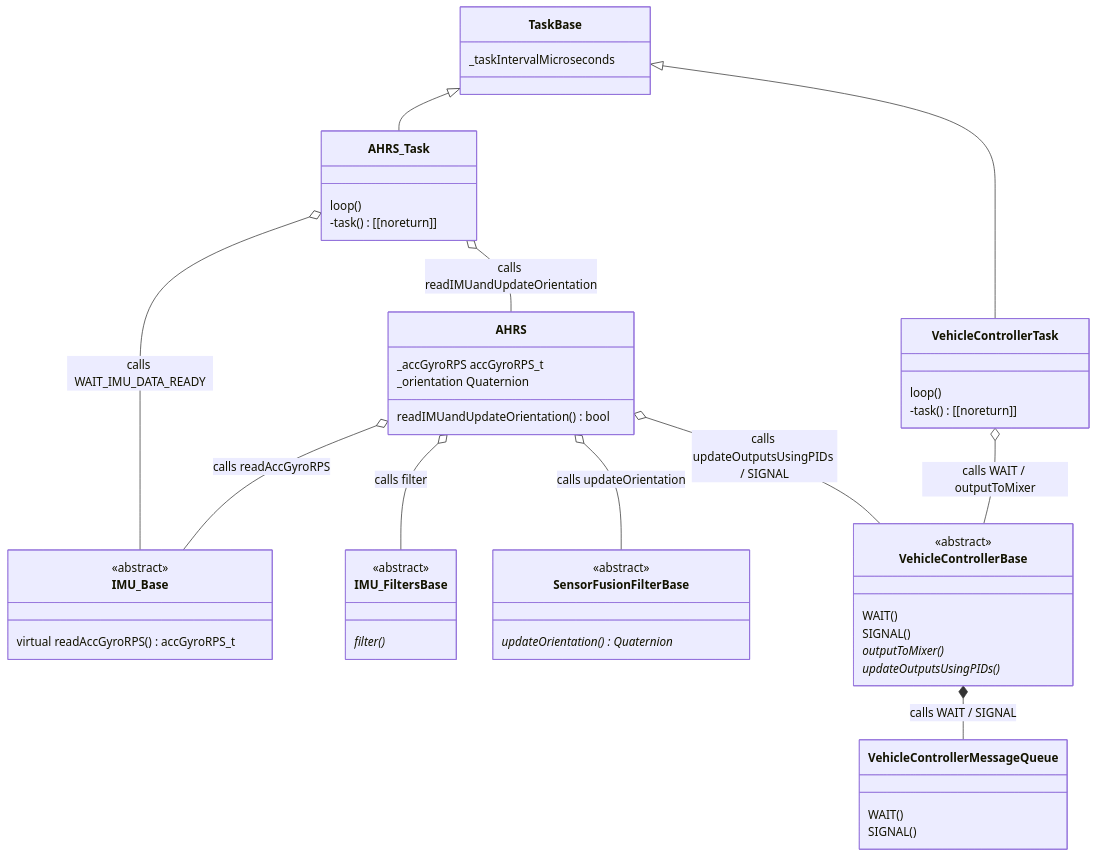
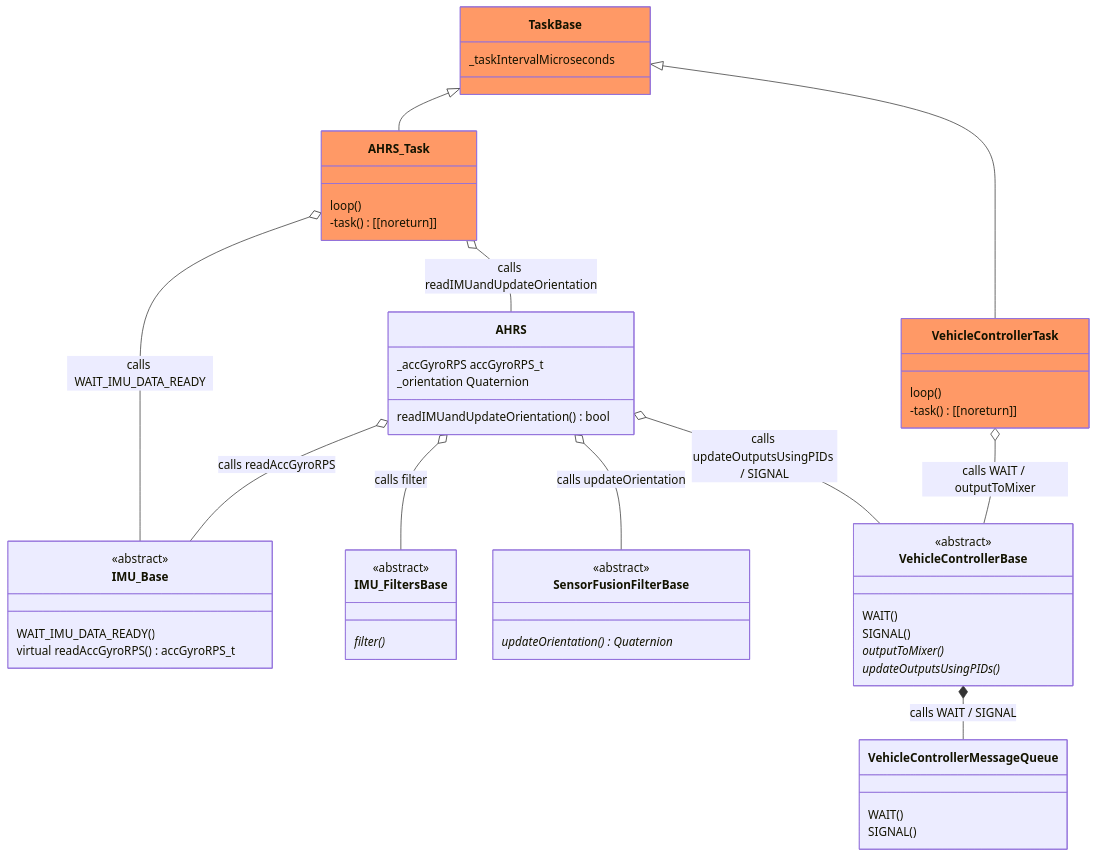
The diagram in README.md (martinbudden/Library-StabilizedVehicle), drawn with Mermaid before and after one commit.

````diff
--- a/README.md
+++ b/README.md
@@ -14,69 +14,73 @@
 ```mermaid
 classDiagram
+    class TaskBase:::taskClass {
+        _taskIntervalMicroseconds
+    }
+    link TaskBase "https://github.com/martinbudden/Library-TaskBase/blob/main/src/TaskBase.h"
+
+    TaskBase <|-- AHRS_Task
+    class AHRS_Task:::taskClass {
+        loop()
+        -task() [[noreturn]]
+    }
+    link AHRS_Task "https://github.com/martinbudden/Library-StabilizedVehicle/blob/main/src/AHRS_Task.h"
+    AHRS_Task o-- AHRS : calls readIMUandUpdateOrientation
+    AHRS_Task o-- IMU_Base : calls WAIT_IMU_DATA_READY
+
+
     class IMU_Base {
         <<abstract>>
+        WAIT_IMU_DATA_READY()
         virtual readAccGyroRPS() accGyroRPS_t
     }
     link IMU_Base "https://github.com/martinbudden/Library-Sensors/blob/main/src/IMU_Base.h"
 
     class IMU_FiltersBase {
         <<abstract>>
         filter() *
     }
     link IMU_FiltersBase "https://github.com/martinbudden/Library-StabilizedVehicle/blob/main/src/IMU_FiltersBase.h"
 
     class SensorFusionFilterBase {
         <<abstract>>
         updateOrientation() Quaternion *
     }
     link SensorFusionFilterBase "https://github.com/martinbudden/Library-SensorFusion/blob/main/src/SensorFusion.h"
 
     class VehicleControllerMessageQueue {
         WAIT()
         SIGNAL()
     }
     link VehicleControllerMessageQueue "https://github.com/martinbudden/Library-StabilizedVehicle/blob/main/src/VehicleControllerMessageQueue.h"
 
     class VehicleControllerBase {
         <<abstract>>
         WAIT()
         SIGNAL()
         outputToMixer() *
         updateOutputsUsingPIDs() *
     }
     link VehicleControllerBase "https://github.com/martinbudden/Library-StabilizedVehicle/blob/main/src/VehicleControllerBase.h"
     VehicleControllerBase *-- VehicleControllerMessageQueue : calls WAIT / SIGNAL
 
     class AHRS {
         _accGyroRPS accGyroRPS_t
         _orientation Quaternion
         readIMUandUpdateOrientation() bool
     }
     link AHRS "https://github.com/martinbudden/Library-StabilizedVehicle/blob/main/src/AHRS.h"
-    AHRS_Task o-- IMU_Base : calls WAIT_IMU_DATA_READY
     AHRS o-- IMU_Base : calls readAccGyroRPS
     AHRS o-- IMU_FiltersBase : calls filter
     AHRS o-- SensorFusionFilterBase : calls updateOrientation
     AHRS o-- VehicleControllerBase : calls updateOutputsUsingPIDs / SIGNAL
 
-    class TaskBase {
-        _taskIntervalMicroseconds
-    }
-    link TaskBase "https://github.com/martinbudden/Library-TaskBase/blob/main/src/TaskBase.h"
-
-    TaskBase <|-- AHRS_Task
-    class AHRS_Task {
-        loop()
-        -task() [[noreturn]]
-    }
-    link AHRS_Task "https://github.com/martinbudden/Library-StabilizedVehicle/blob/main/src/AHRS_Task.h"
-    AHRS_Task o-- AHRS : calls readIMUandUpdateOrientation
-
     TaskBase <|-- VehicleControllerTask
-    class VehicleControllerTask {
+    class VehicleControllerTask:::taskClasss {
         loop()
         -task() [[noreturn]]
     }
     link VehicleControllerTask "https://github.com/martinbudden/Library-StabilizedVehicle/blob/main/src/VehicleControllerTask.h"
     VehicleControllerTask o-- VehicleControllerBase : calls WAIT / outputToMixer
+
+    classDef taskClass fill:#f96
 ```
````
